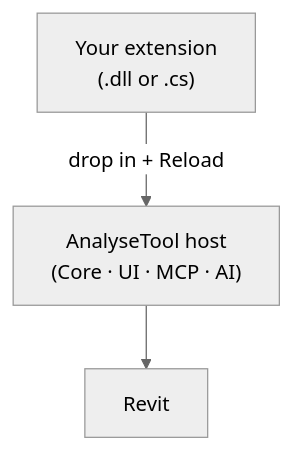
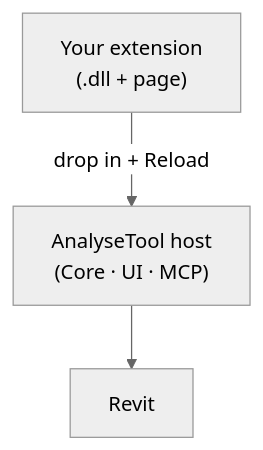
Before and after one commit to Nikola1Davydov/AnalyzeTool: the fourth of 4 diagrams in README.md, drawn with Mermaid (neutral theme). The commit also changed other lines of this file and 12 other files, not shown here.

First line of the commit message:
Docs for host-built commands and MCP-only AI; loader reports skipped script folders

````diff
--- a/README.md
+++ b/README.md
@@ -162,5 +146,5 @@
 ```mermaid
 flowchart TB
-    E["Your extension<br/>(.dll or .cs)"] -->|"drop in + Reload"| AT["AnalyseTool host<br/>(Core · UI · MCP · AI)"]
+    E["Your extension<br/>(.dll + page)"] -->|"drop in + Reload"| AT["AnalyseTool host<br/>(Core · UI · MCP)"]
     AT --> R[Revit]
 ```
````
